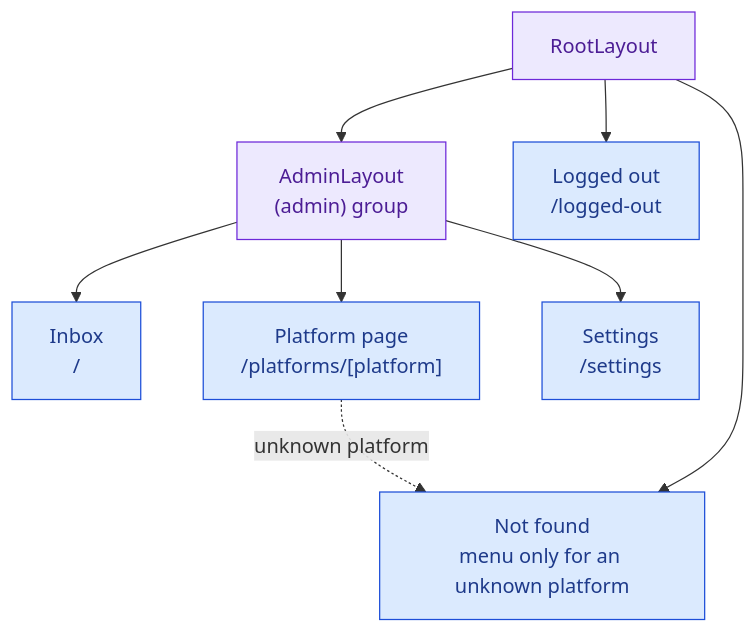
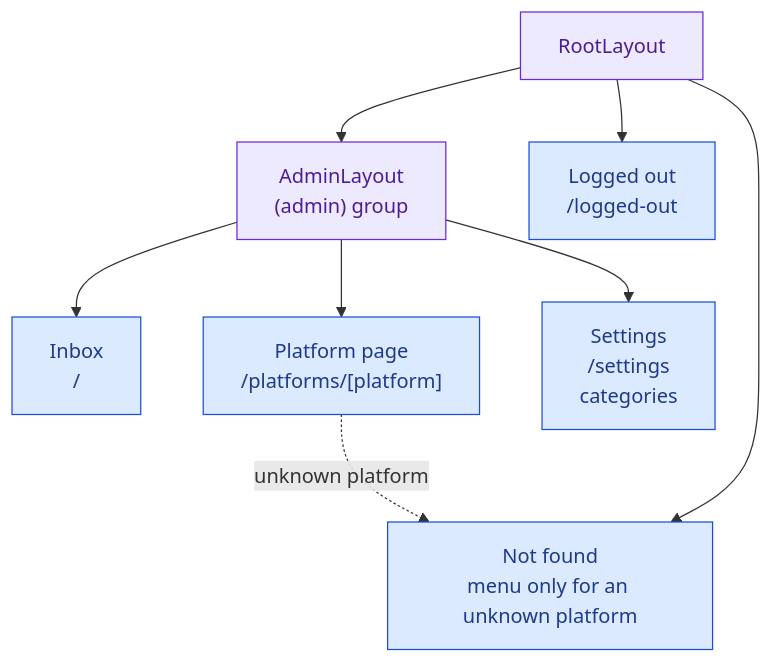
One commit to AlberteViendahl/feedback changed the third of 13 diagrams in apps/admin/docs/architecture.md. Above: the diagram before and after it, drawn with Mermaid. The commit also changed other lines of this file, not shown here.

Commit message:
Updates to architecture

````diff
--- a/apps/admin/docs/architecture.md
+++ b/apps/admin/docs/architecture.md
@@ -76,24 +78,24 @@
 ```mermaid
 flowchart TD
   Root["RootLayout"]:::layout
   Admin["AdminLayout<br/>(admin) group"]:::layout
   Home["Inbox<br/>/"]:::page
   Platform["Platform page<br/>/platforms/[platform]"]:::page
-  Settings["Settings<br/>/settings"]:::page
+  Settings["Settings<br/>/settings<br/>categories"]:::page
   LoggedOut["Logged out<br/>/logged-out"]:::page
   NotFound["Not found<br/>menu only for an unknown platform"]:::page
 
   Root --> Admin
   Root --> LoggedOut
   Root --> NotFound
   Admin --> Home
   Admin --> Platform
   Admin --> Settings
   Platform -. "unknown platform" .-> NotFound
 
   classDef page fill:#DBEAFE,stroke:#1D4ED8,color:#1E3A8A
   classDef layout fill:#EDE9FE,stroke:#6D28D9,color:#4C1D95
   classDef component fill:#DCFCE7,stroke:#15803D,color:#14532D
   classDef store fill:#FFEDD5,stroke:#C2410C,color:#7C2D12
   classDef mock fill:#F3F4F6,stroke:#4B5563,color:#1F2937,stroke-dasharray:4 3
 ```
````
